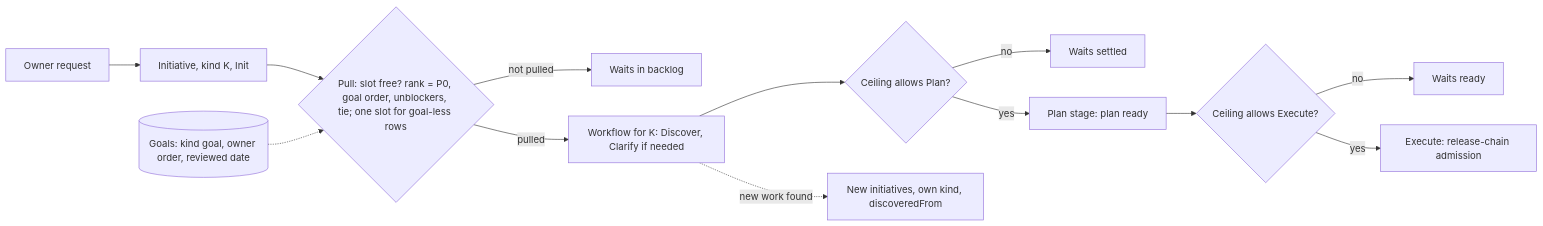
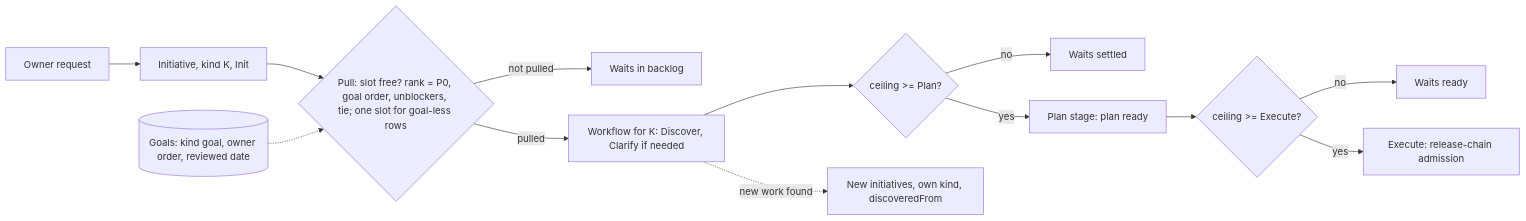
One commit to vantt/forgent changed the diagram in plans/discussions/ds-3in4yb5thk-backlog-to-ready-pipeline/DISCUSSION.md. Above: the diagram before and after it, drawn with Mermaid. The commit also changed other lines of this file, not shown here.

Commit message:
discussion(backlog-to-ready-pipeline): settle the stored ceiling (D7)

````diff
--- a/plans/discussions/ds-3in4yb5thk-backlog-to-ready-pipeline/DISCUSSION.md
+++ b/plans/discussions/ds-3in4yb5thk-backlog-to-ready-pipeline/DISCUSSION.md
@@ -129,15 +134,15 @@
 ```mermaid
 flowchart LR
   R[Owner request] --> I[Initiative, kind K, Init]
   I --> PULL{Pull: slot free? rank = P0, goal order, unblockers, tie; one slot for goal-less rows}
   PULL -- not pulled --> WAIT[Waits in backlog]
   PULL -- pulled --> WF[Workflow for K: Discover, Clarify if needed]
-  WF --> C1{Ceiling allows Plan?}
+  WF --> C1{ceiling >= Plan?}
   C1 -- no --> H1[Waits settled]
   C1 -- yes --> PL[Plan stage: plan ready]
-  PL --> C2{Ceiling allows Execute?}
+  PL --> C2{ceiling >= Execute?}
   C2 -- no --> H2[Waits ready]
   C2 -- yes --> EX[Execute: release-chain admission]
   WF -. new work found .-> NEW[New initiatives, own kind, discoveredFrom]
   G[(Goals: kind goal, owner order, reviewed date)] -.-> PULL
 ```
````
